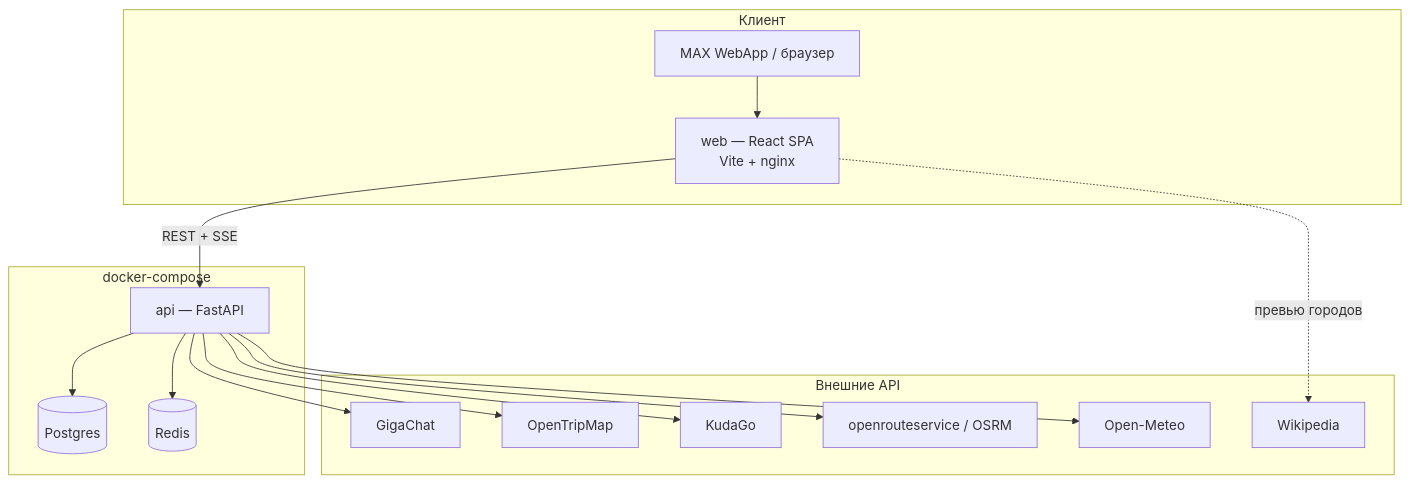
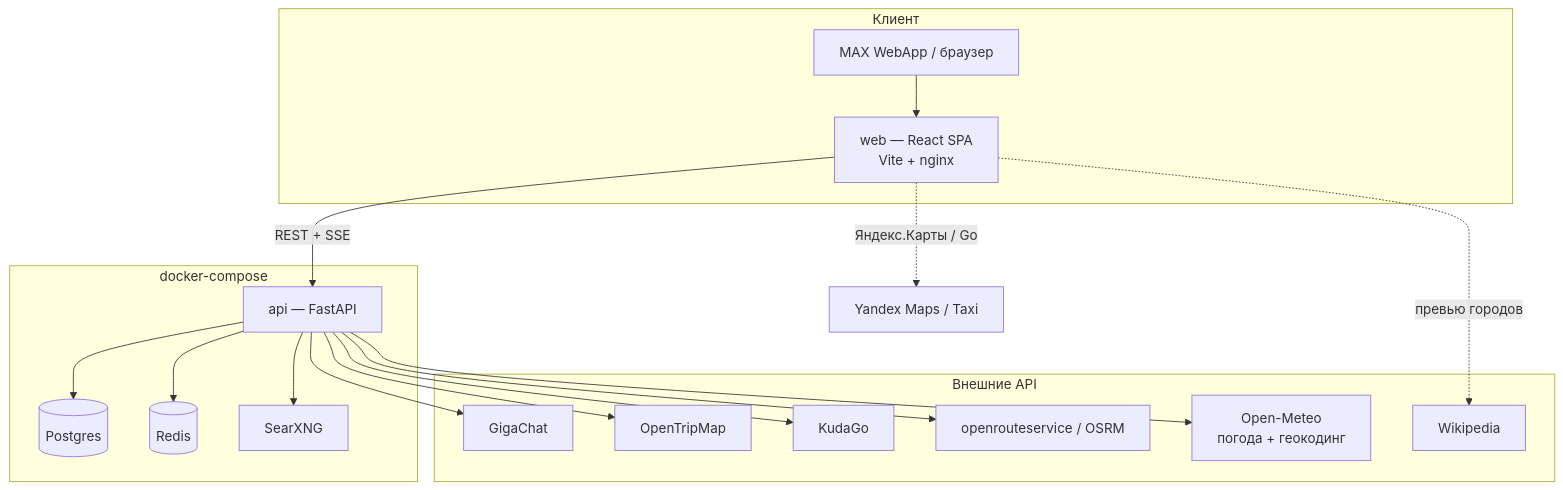
One commit to Halpama/max_hackaton changed the first of 7 diagrams in ARCHITECTURE.md. Above: the diagram before and after it, drawn with Mermaid. The commit also changed other lines of this file and 2 other files, not shown here.

First line of the commit message:
Refresh architecture docs for SearXNG, geo, and trip UX.

````diff
--- a/ARCHITECTURE.md
+++ b/ARCHITECTURE.md
@@ -11,29 +11,32 @@
 ```mermaid
 flowchart TB
   subgraph Client["Клиент"]
     MAX["MAX WebApp / браузер"]
     WEB["web — React SPA<br/>Vite + nginx"]
   end
 
   subgraph Compose["docker-compose"]
     API["api — FastAPI"]
     PG[(Postgres)]
     RD[(Redis)]
+    SX[SearXNG]
   end
 
   subgraph External["Внешние API"]
     GC[GigaChat]
     OTM[OpenTripMap]
     KD[KudaGo]
     ORS[openrouteservice / OSRM]
-    WM[Open-Meteo]
+    OM[Open-Meteo<br/>погода + геокодинг]
     WP[Wikipedia]
   end
 
   MAX --> WEB
   WEB -->|"REST + SSE"| API
   API --> PG
   API --> RD
-  API --> GC & OTM & KD & ORS & WM
+  API --> SX
+  API --> GC & OTM & KD & ORS & OM
   WEB -.->|"превью городов"| WP
+  WEB -.->|"Яндекс.Карты / Go"| YX[Yandex Maps / Taxi]
 ```
````
